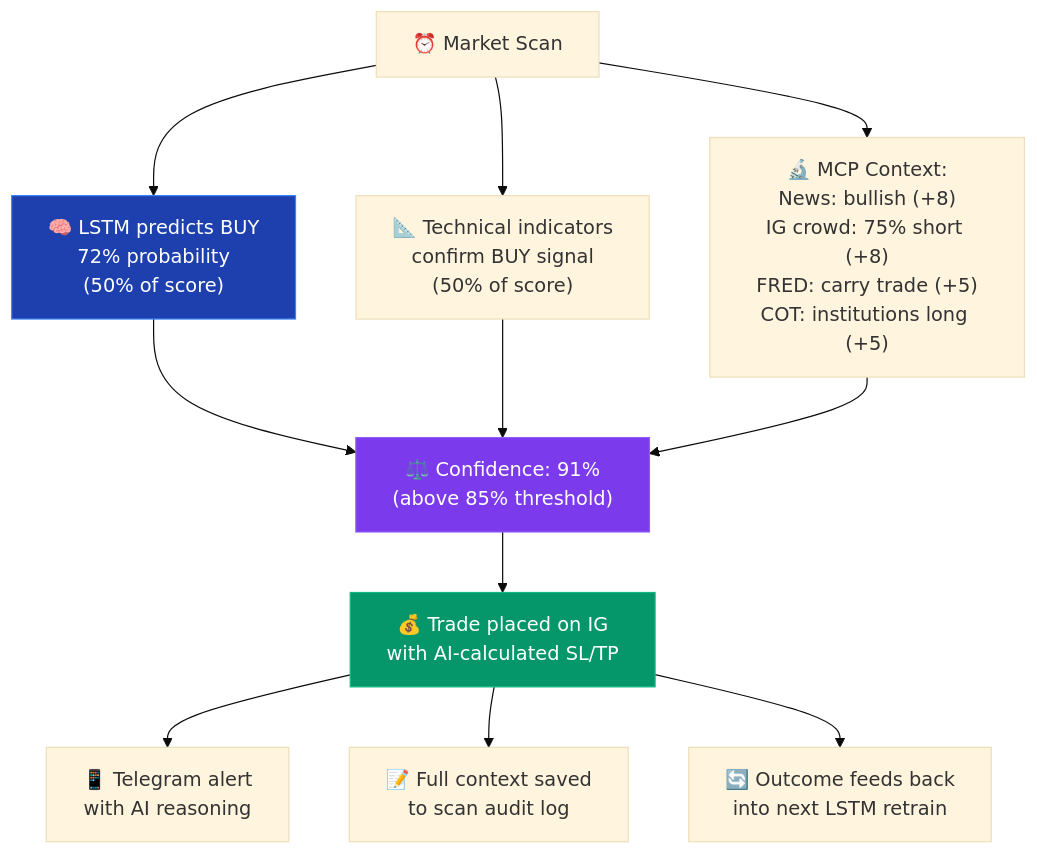
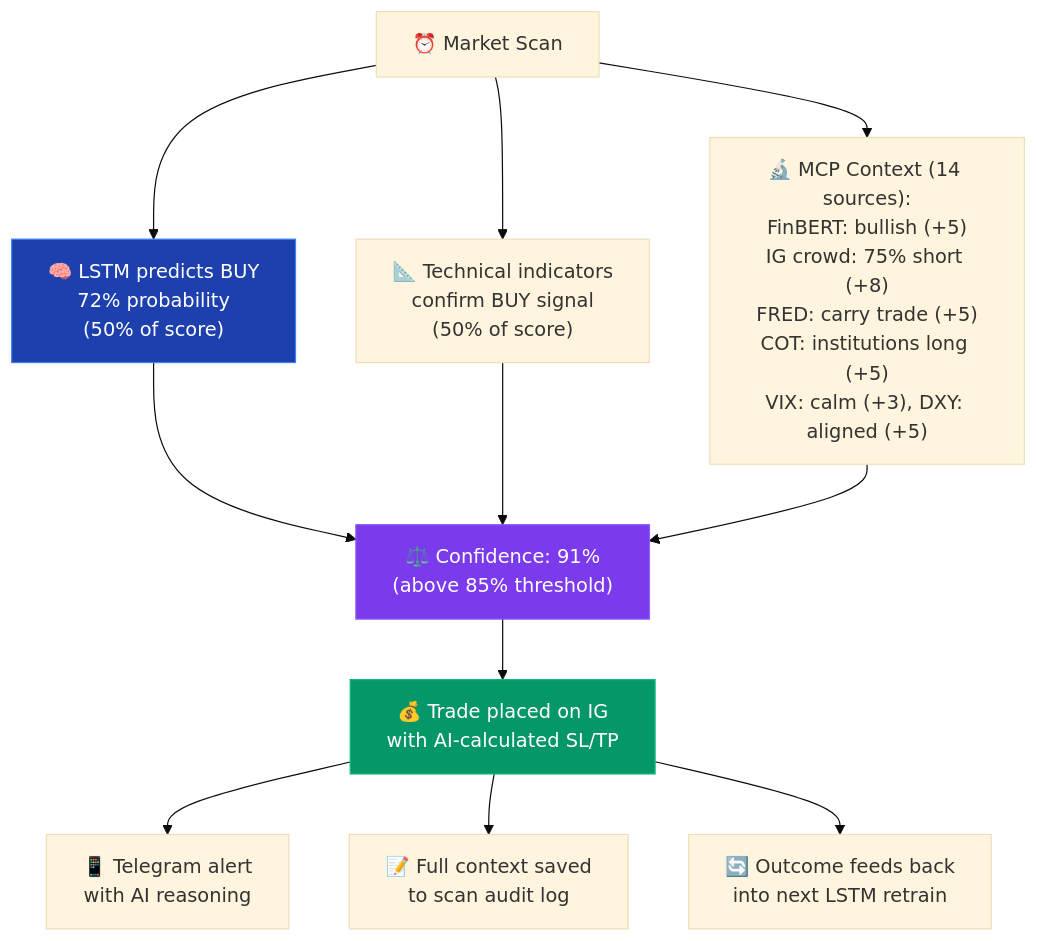
Before and after one commit to joegooderham/ai-trader-bot: the seventh of 7 diagrams in docs/How-AI-Is-Used.md, drawn with Mermaid (base theme). The commit also changed other lines of this file and 8 other files, not shown here.

First line of the commit message:
docs: update all documentation for 14 data sources, FinBERT, VIX/DXY/yield

````diff
--- a/docs/How-AI-Is-Used.md
+++ b/docs/How-AI-Is-Used.md
@@ -220,19 +230,19 @@
 ```mermaid
 flowchart TD
     SCAN["⏰ Market Scan"] --> LSTM_P["🧠 LSTM predicts BUY<br/>72% probability<br/>(50% of score)"]
     SCAN --> TECH["📐 Technical indicators<br/>confirm BUY signal<br/>(50% of score)"]
-    SCAN --> MCP["🔬 MCP Context:<br/>News: bullish (+8)<br/>IG crowd: 75% short (+8)<br/>FRED: carry trade (+5)<br/>COT: institutions long (+5)"]
+    SCAN --> MCP["🔬 MCP Context (14 sources):<br/>FinBERT: bullish (+5)<br/>IG crowd: 75% short (+8)<br/>FRED: carry trade (+5)<br/>COT: institutions long (+5)<br/>VIX: calm (+3), DXY: aligned (+5)"]
 
     LSTM_P --> SCORE["⚖️ Confidence: 91%<br/>(above 85% threshold)"]
     TECH --> SCORE
     MCP --> SCORE
 
     SCORE --> TRADE["💰 Trade placed on IG<br/>with AI-calculated SL/TP"]
     TRADE --> TELEGRAM["📱 Telegram alert<br/>with AI reasoning"]
     TRADE --> LOG["📝 Full context saved<br/>to scan audit log"]
     TRADE --> LEARN["🔄 Outcome feeds back<br/>into next LSTM retrain"]
 
     style LSTM_P fill:#1e40af,stroke:#3b82f6,color:#fff
     style SCORE fill:#7c3aed,stroke:#8b5cf6,color:#fff
     style TRADE fill:#059669,stroke:#10b981,color:#fff
 ```
````
